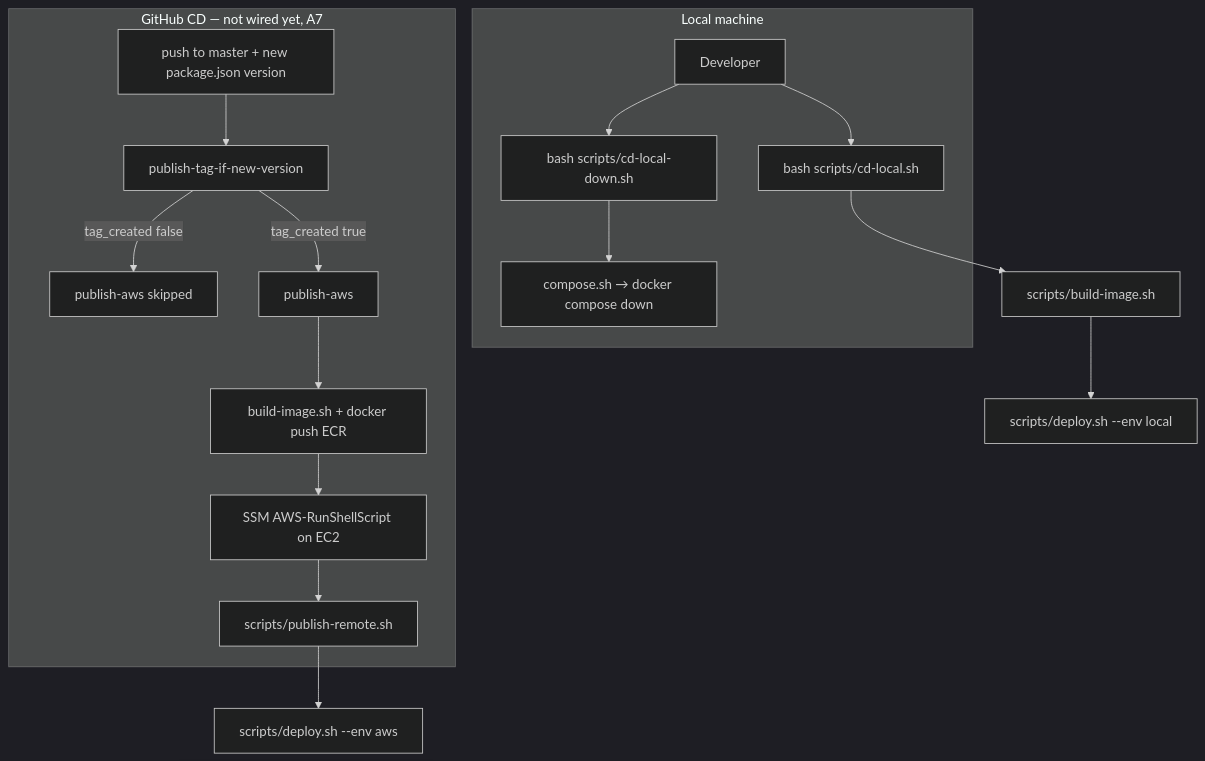
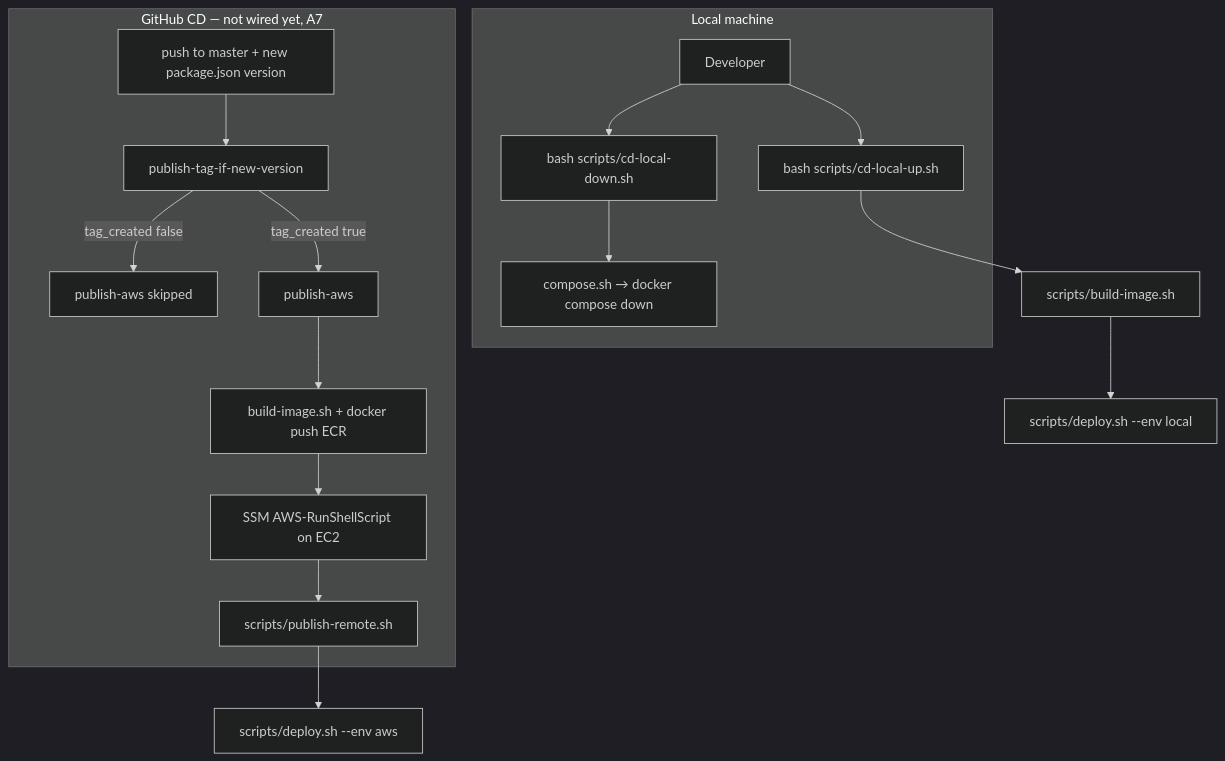
The third of 6 diagrams in DOC.md (Psychopoulet/warcraft3sounds), drawn with Mermaid (dark theme) before and after one commit. The commit also changed other lines of this file and 5 other files, not shown here.

````diff
--- a/DOC.md
+++ b/DOC.md
@@ -145,21 +145,21 @@
 ```mermaid
 flowchart TD
     subgraph local [Local machine]
-        Dev[Developer] --> CdLocal["bash scripts/cd-local.sh"]
+        Dev[Developer] --> CdLocal["bash scripts/cd-local-up.sh"]
         Dev --> CdDown["bash scripts/cd-local-down.sh"]
         CdDown --> ComposeDown["compose.sh → docker compose down"]
     end
 
     subgraph cd [GitHub CD — not wired yet, A7]
         Push["push to master + new package.json version"] --> TagJob["publish-tag-if-new-version"]
         TagJob -->|tag_created false| Skip[publish-aws skipped]
         TagJob -->|tag_created true| AwsJob["publish-aws"]
         AwsJob --> Ecr["build-image.sh + docker push ECR"]
         Ecr --> Ssm["SSM AWS-RunShellScript on EC2"]
         Ssm --> Remote["scripts/publish-remote.sh"]
     end
 
     CdLocal --> Build["scripts/build-image.sh"]
     Build --> DeployLocal["scripts/deploy.sh --env local"]
     Remote --> DeployAws["scripts/deploy.sh --env aws"]
 ```
````
